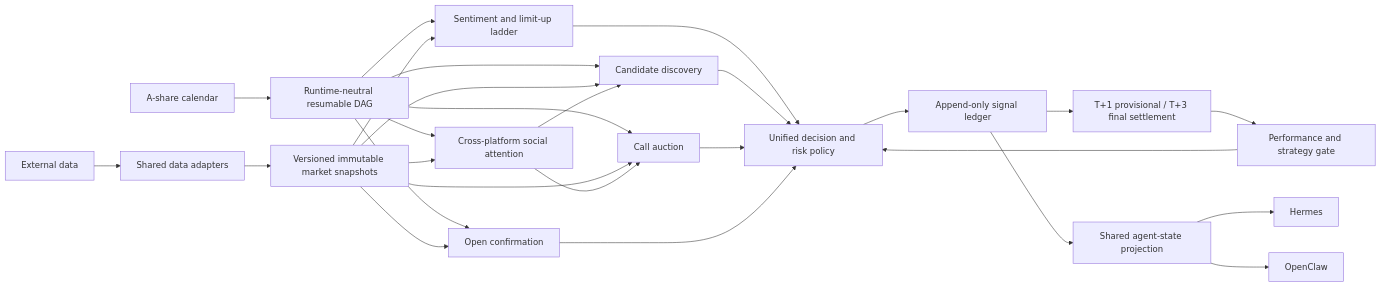
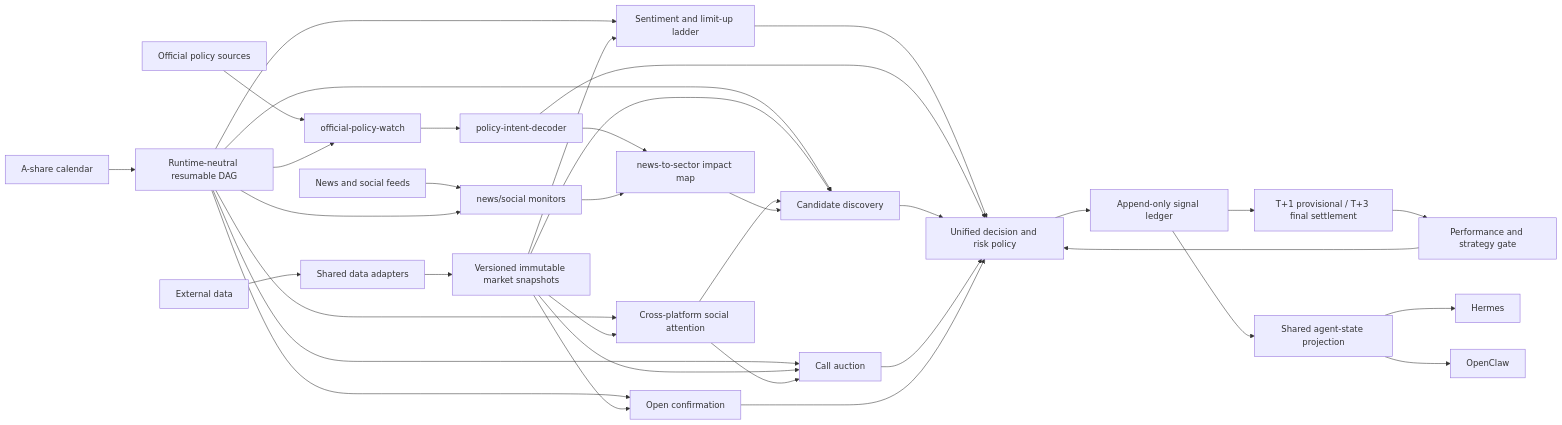
One commit to Eleven1111/a-stock-agent-system changed the diagram in README.md. Above: the diagram before and after it, drawn with Mermaid. The commit also changed other lines of this file and 1 other file, not shown here.

First line of the commit message:
Explain policy-intent signal flow in README

````diff
--- a/README.md
+++ b/README.md
@@ -22,29 +22,38 @@
 ```mermaid
 flowchart LR
     S["External data"] --> A["Shared data adapters"]
+    PS["Official policy sources"] --> PW["official-policy-watch"]
+    PW --> PI["policy-intent-decoder"]
+    NS["News and social feeds"] --> NF["news/social monitors"]
     A --> M["Versioned immutable market snapshots"]
     C["A-share calendar"] --> O["Runtime-neutral resumable DAG"]
     O --> HM["Sentiment and limit-up ladder"]
     O --> SA["Cross-platform social attention"]
     O --> CD["Candidate discovery"]
     O --> AU["Call auction"]
     O --> OC["Open confirmation"]
+    O --> PW
+    O --> NF
     M --> HM
     M --> SA
     M --> CD
     M --> AU
     M --> OC
+    PI --> NTS["news-to-sector impact map"]
+    NF --> NTS
     HM --> P["Unified decision and risk policy"]
     SA --> CD
     SA --> AU
+    NTS --> CD
+    PI --> P
     CD --> P
     AU --> P
     OC --> P
     P --> L["Append-only signal ledger"]
     L --> ST["T+1 provisional / T+3 final settlement"]
     ST --> E["Performance and strategy gate"]
     E --> P
     L --> X["Shared agent-state projection"]
     X --> H["Hermes"]
     X --> W["OpenClaw"]
 ```
````
